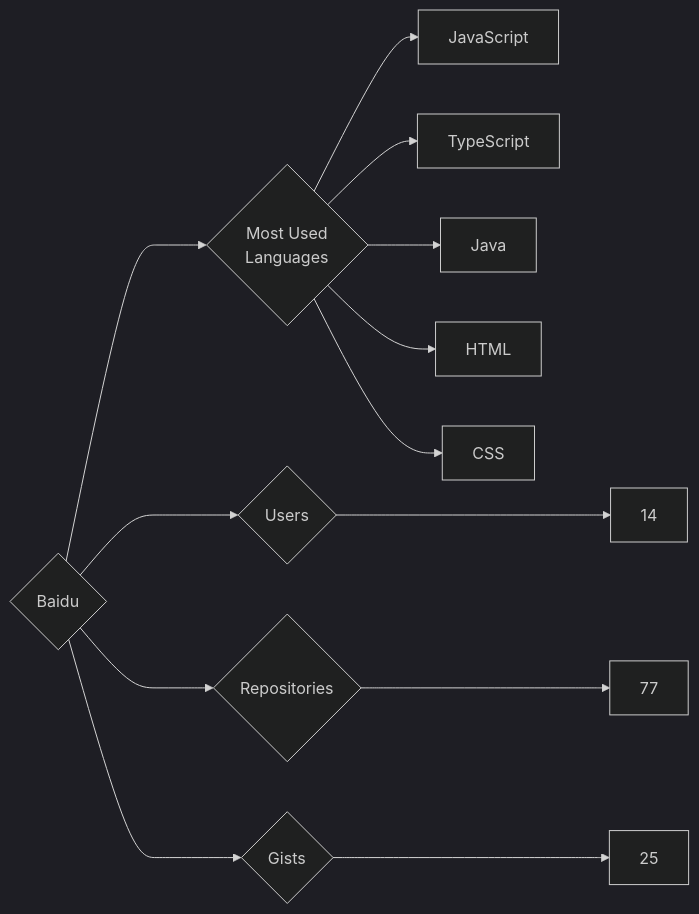
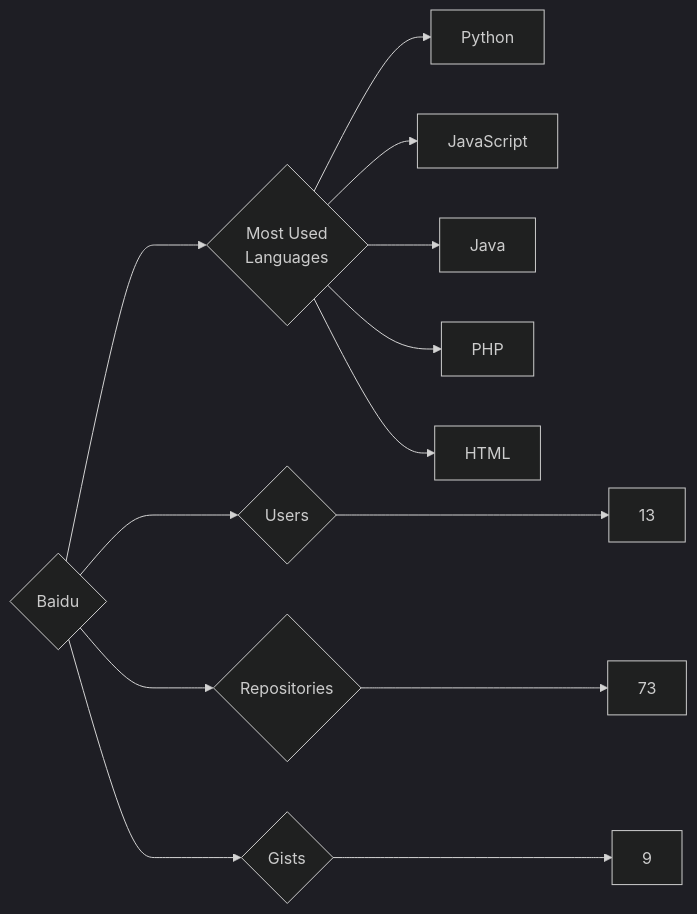
One commit to trickest/insiders changed the diagram in targets/Baidu/README.md. Above: the diagram before and after it, drawn with Mermaid (dark theme). The commit also changed 1092 other files, not shown here.

````diff
--- a/targets/Baidu/README.md
+++ b/targets/Baidu/README.md
@@ -3,13 +3,13 @@
 ```mermaid
 graph LR
 COMPANY_NAME{Baidu}
-COMPANY_NAME ---> U{Users} ---> UN[14]
-COMPANY_NAME ---> R{Repositories} ---> RN[77]
-COMPANY_NAME ---> G{Gists} ---> GN[25]
+COMPANY_NAME ---> U{Users} ---> UN[13]
+COMPANY_NAME ---> R{Repositories} ---> RN[73]
+COMPANY_NAME ---> G{Gists} ---> GN[9]
 COMPANY_NAME ---> ML{Most Used<br>Languages}
+ML --> Python[Python]
 ML --> JavaScript[JavaScript]
-ML --> TypeScript[TypeScript]
 ML --> Java[Java]
+ML --> PHP[PHP]
 ML --> HTML[HTML]
-ML --> CSS[CSS]
 ```
````
